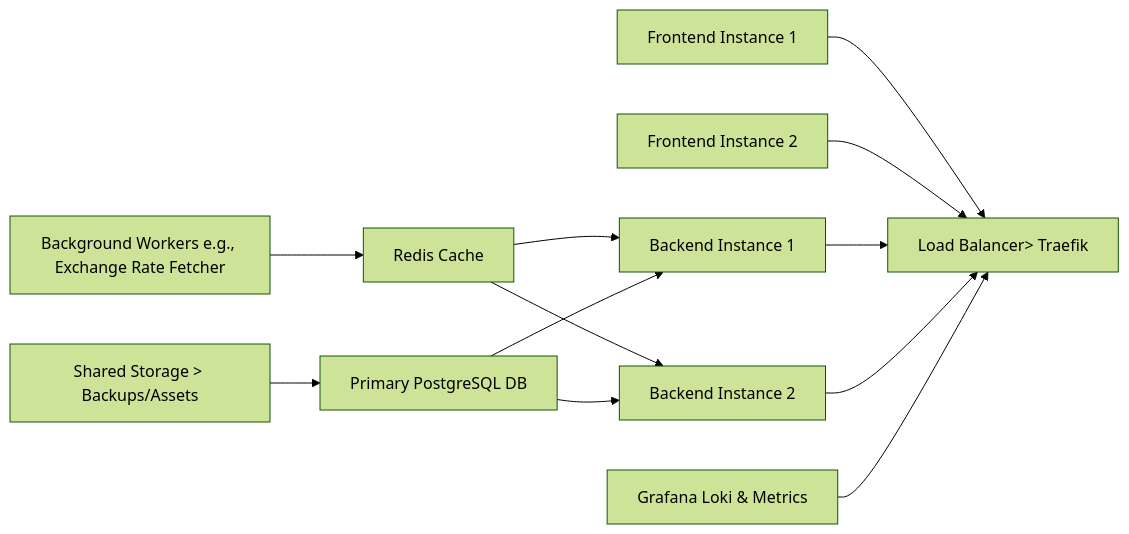
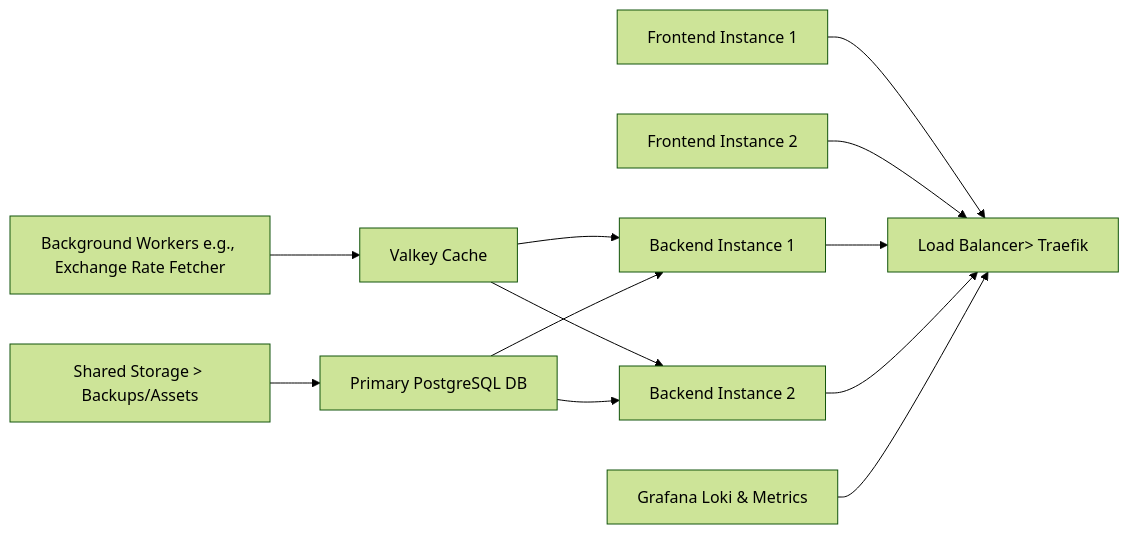
One commit to spy4x/financy changed the second of 2 diagrams in docs/6.infrastructure.md. Above: the diagram before and after it, drawn with Mermaid (forest theme). The commit also changed other lines of this file and 28 other files, not shown here.

First line of the commit message:
WIP: refactor Redis usage to Valkey for key-value storage

````diff
--- a/docs/6.infrastructure.md
+++ b/docs/6.infrastructure.md
@@ -207,15 +207,15 @@
 ```mermaid
 graph LR
     LB[Load Balancer> Traefik]
     F1[Frontend Instance 1] --> LB
     F2[Frontend Instance 2] --> LB
     A1[Backend Instance 1] --> LB
     A2[Backend Instance 2] --> LB
-    Cache[Redis Cache] --> A1
+    Cache[Valkey Cache] --> A1
     Cache --> A2
     PgSQL[Primary PostgreSQL DB] --> A1
     PgSQL --> A2
     Metrics[Grafana Loki & Metrics] --> LB
     Workers[Background Workers e.g., Exchange Rate Fetcher] --> Cache
     Storage[Shared Storage > Backups/Assets] --> PgSQL
 ```
````
